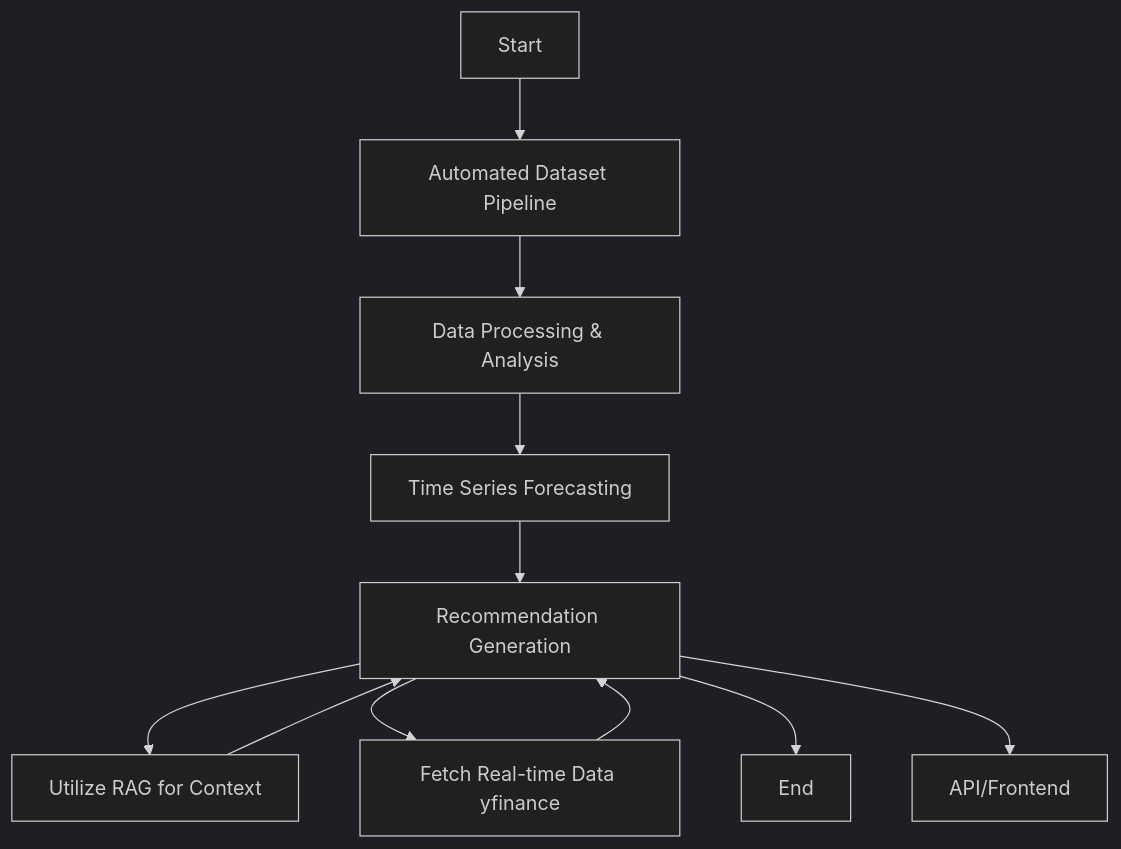
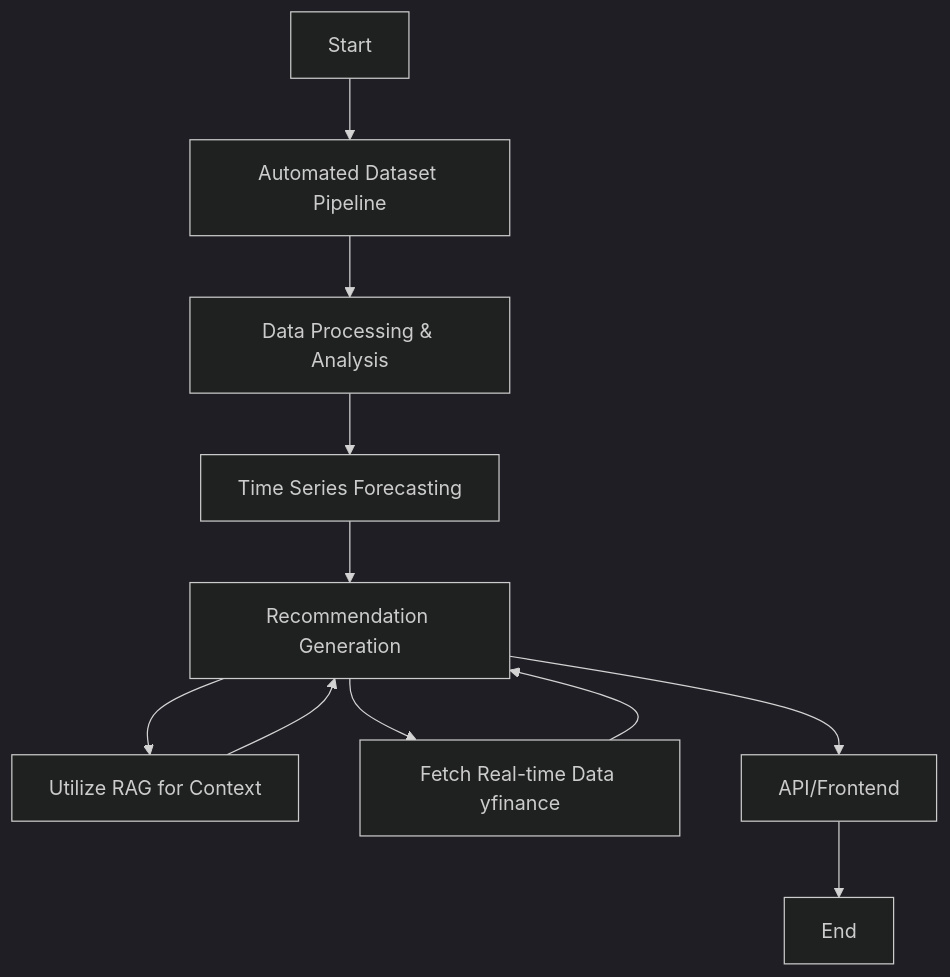
The second of 2 diagrams in README.md (Islam29632/WSP_Grad_Project), drawn with Mermaid (dark theme) before and after one commit.

Commit message:
Updated flow charts

````diff
--- a/README.md
+++ b/README.md
@@ -35,14 +35,14 @@
 ```mermaid
 graph TD
     A[Start] --> B[Automated Dataset Pipeline];
     B --> C[Data Processing & Analysis];
     C --> D[Time Series Forecasting];
     D --> E[Recommendation Generation];
     E --> E1[Utilize RAG for Context];
     E --> E2[Fetch Real-time Data yfinance];
     E1 --> E;
     E2 --> E;
-    E --> F[End];
     G[API/Frontend];
     E --> G;
+    G --> F[End];
 ```
````
